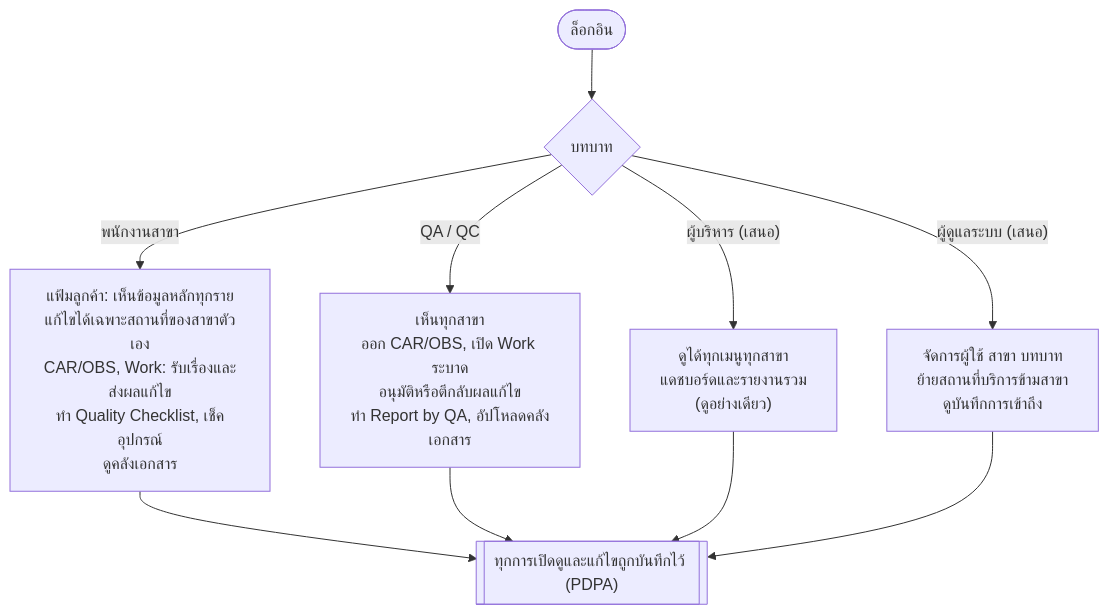
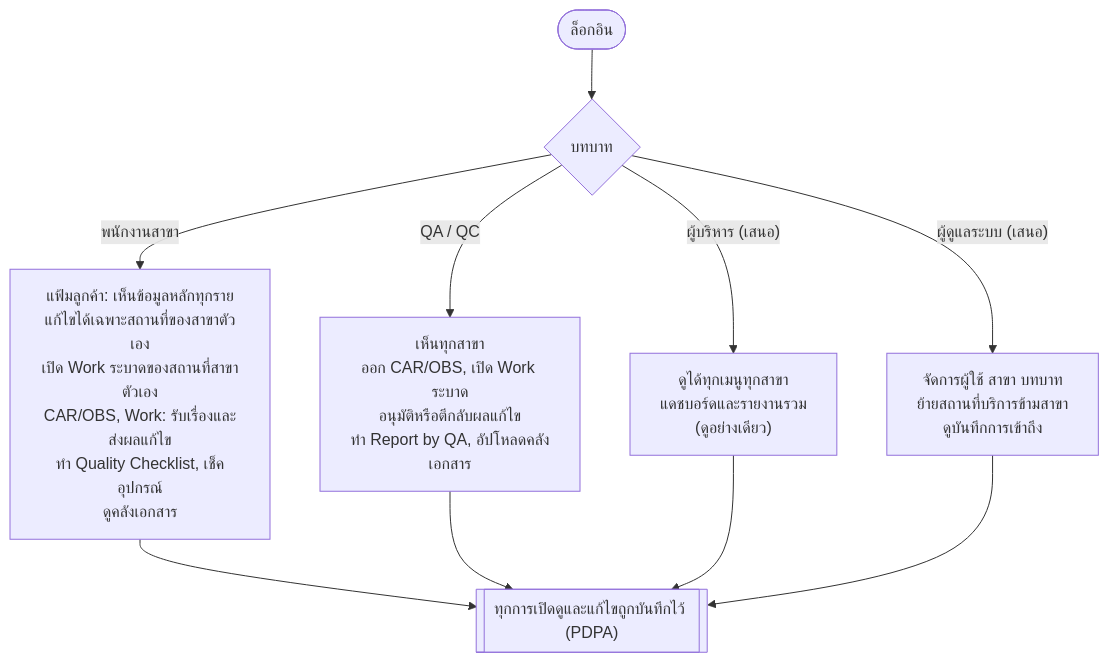
Before and after one commit to warayuthsema-alt/my-house-sh2401: the second of 12 diagrams in docs/research/2026-11-07-advance-group-asia-workflow-diagrams.md, drawn with Mermaid. The commit also changed other lines of this file and 1 other file, not shown here.

First line of the commit message:
Workflow diagrams v5: branches and QA can both open outbreak work

````diff
--- a/docs/research/2026-11-07-advance-group-asia-workflow-diagrams.md
+++ b/docs/research/2026-11-07-advance-group-asia-workflow-diagrams.md
@@ -61,11 +61,11 @@
 ```mermaid
 flowchart TD
     A(["ล็อกอิน"]) --> B{"บทบาท"}
 
-    B -- "พนักงานสาขา" --> C["แฟ้มลูกค้า: เห็นข้อมูลหลักทุกราย<br/>แก้ไขได้เฉพาะสถานที่ของสาขาตัวเอง<br/>CAR/OBS, Work: รับเรื่องและส่งผลแก้ไข<br/>ทำ Quality Checklist, เช็คอุปกรณ์<br/>ดูคลังเอกสาร"]
+    B -- "พนักงานสาขา" --> C["แฟ้มลูกค้า: เห็นข้อมูลหลักทุกราย<br/>แก้ไขได้เฉพาะสถานที่ของสาขาตัวเอง<br/>เปิด Work ระบาดของสถานที่สาขาตัวเอง<br/>CAR/OBS, Work: รับเรื่องและส่งผลแก้ไข<br/>ทำ Quality Checklist, เช็คอุปกรณ์<br/>ดูคลังเอกสาร"]
     B -- "QA / QC" --> D["เห็นทุกสาขา<br/>ออก CAR/OBS, เปิด Work ระบาด<br/>อนุมัติหรือตีกลับผลแก้ไข<br/>ทำ Report by QA, อัปโหลดคลังเอกสาร"]
     B -- "ผู้บริหาร (เสนอ)" --> E["ดูได้ทุกเมนูทุกสาขา<br/>แดชบอร์ดและรายงานรวม<br/>(ดูอย่างเดียว)"]
     B -- "ผู้ดูแลระบบ (เสนอ)" --> F["จัดการผู้ใช้ สาขา บทบาท<br/>ย้ายสถานที่บริการข้ามสาขา<br/>ดูบันทึกการเข้าถึง"]
 
     C & D & E & F --> G[["ทุกการเปิดดูและแก้ไขถูกบันทึกไว้ (PDPA)"]]
 ```
````
